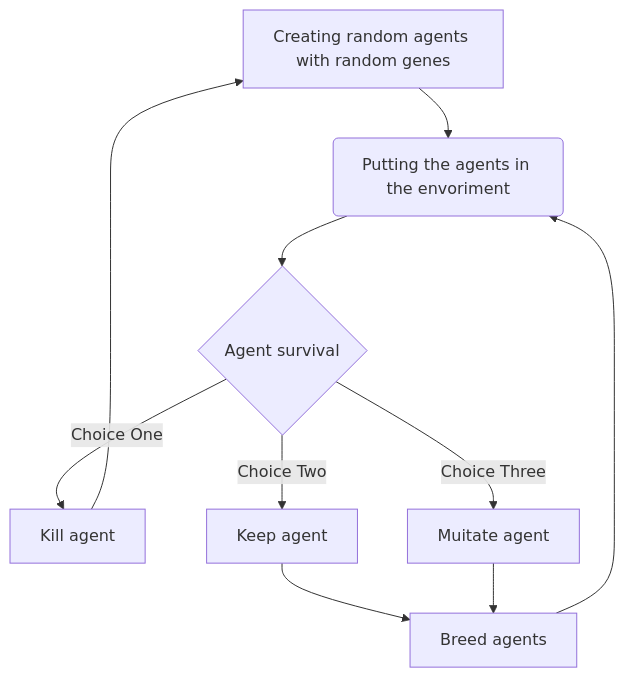
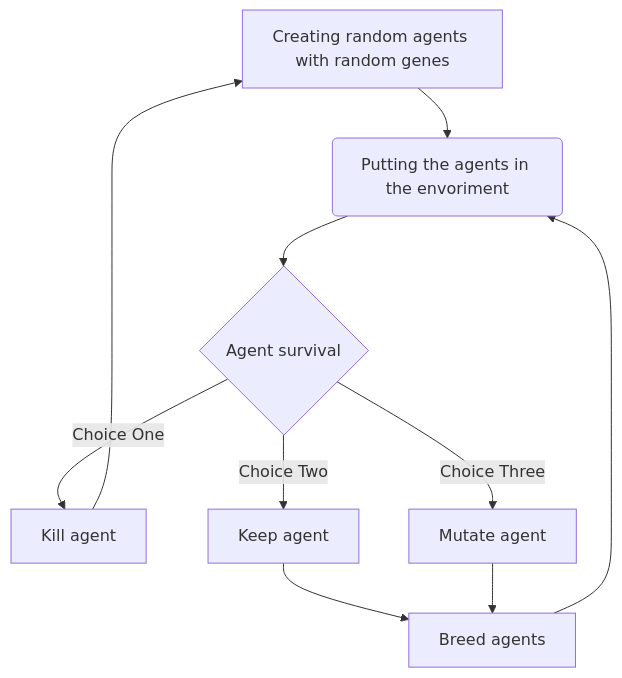
The diagram in README.md (CaptPyrite/Dino-simulator), drawn with Mermaid before and after one commit.

````diff
--- a/README.md
+++ b/README.md
@@ -9,9 +9,9 @@
 ```mermaid
 graph TD
     A[Creating random agents with random genes] --> B(Putting the agents in the envoriment)
     G[Breed agents] --> B
     B --> C{Agent survival}
     C -->|Choice One| D[Kill agent] --> A
     C -->|Choice Two| E[Keep agent] --> G
-    C -->|Choice Three| F[Muitate agent] --> G
+    C -->|Choice Three| F[Mutate agent] --> G
 ```
````
